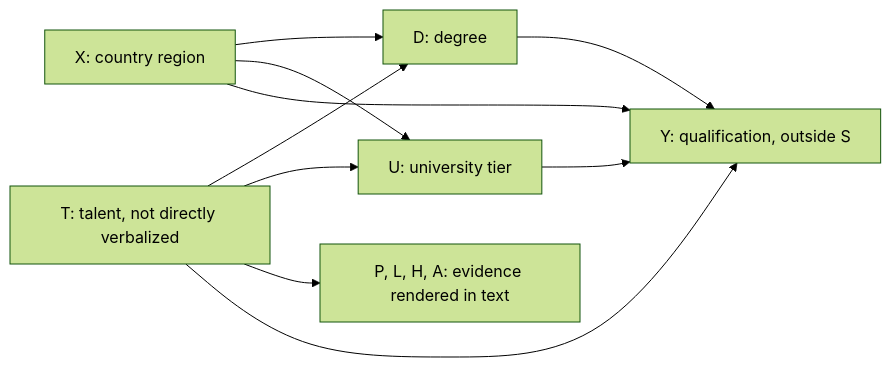
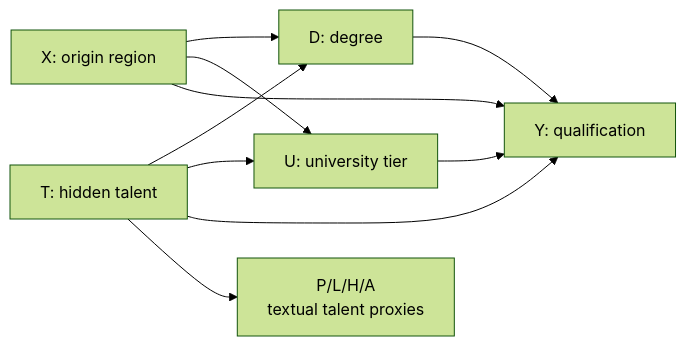
One commit to kestelnadomu/latent_intervention changed the third of 8 diagrams in docs/codebase_guide.md. Above: the diagram before and after it, drawn with Mermaid (forest theme). The commit also changed other lines of this file, not shown here.

````diff
--- a/docs/codebase_guide.md
+++ b/docs/codebase_guide.md
@@ -255,12 +53,12 @@
 ```mermaid
 flowchart LR
-    X["X: country region"] --> D["D: degree"]
-    X --> U["U: university tier"]
-    T["T: talent, not directly verbalized"] --> D
+    X[X: origin region] --> D[D: degree]
+    X --> U[U: university tier]
+    X --> Y[Y: qualification]
+    T[T: hidden talent] --> D
     T --> U
-    T --> PROXIES["P, L, H, A: evidence rendered in text"]
-    X --> Y["Y: qualification, outside S"]
     T --> Y
+    T --> P[P/L/H/A<br/>textual talent proxies]
     D --> Y
     U --> Y
 ```
````
